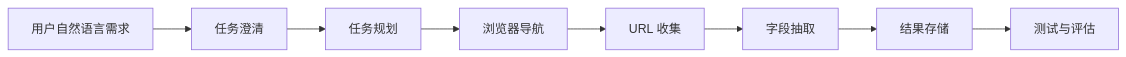
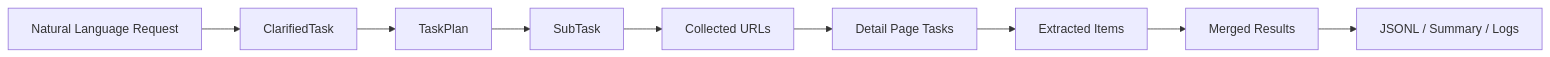
One commit to lingbolan/cs599-project changed the third of 4 diagrams in docs/architecture.md. Above: the diagram before and after it, drawn with Mermaid. The commit also changed other lines of this file, not shown here.

Commit message:
Expand architecture documentation

````diff
--- a/docs/architecture.md
+++ b/docs/architecture.md
@@ -18,10 +110,11 @@
 ```mermaid
 flowchart LR
-    A["用户自然语言需求"] --> B["任务澄清"]
-    B --> C["任务规划"]
-    C --> D["浏览器导航"]
-    D --> E["URL 收集"]
-    E --> F["字段抽取"]
-    F --> G["结果存储"]
-    G --> H["测试与评估"]
+    A["Natural Language Request"] --> B["ClarifiedTask"]
+    B --> C["TaskPlan"]
+    C --> D["SubTask"]
+    D --> E["Collected URLs"]
+    E --> F["Detail Page Tasks"]
+    F --> G["Extracted Items"]
+    G --> H["Merged Results"]
+    H --> I["JSONL / Summary / Logs"]
 ```
````
